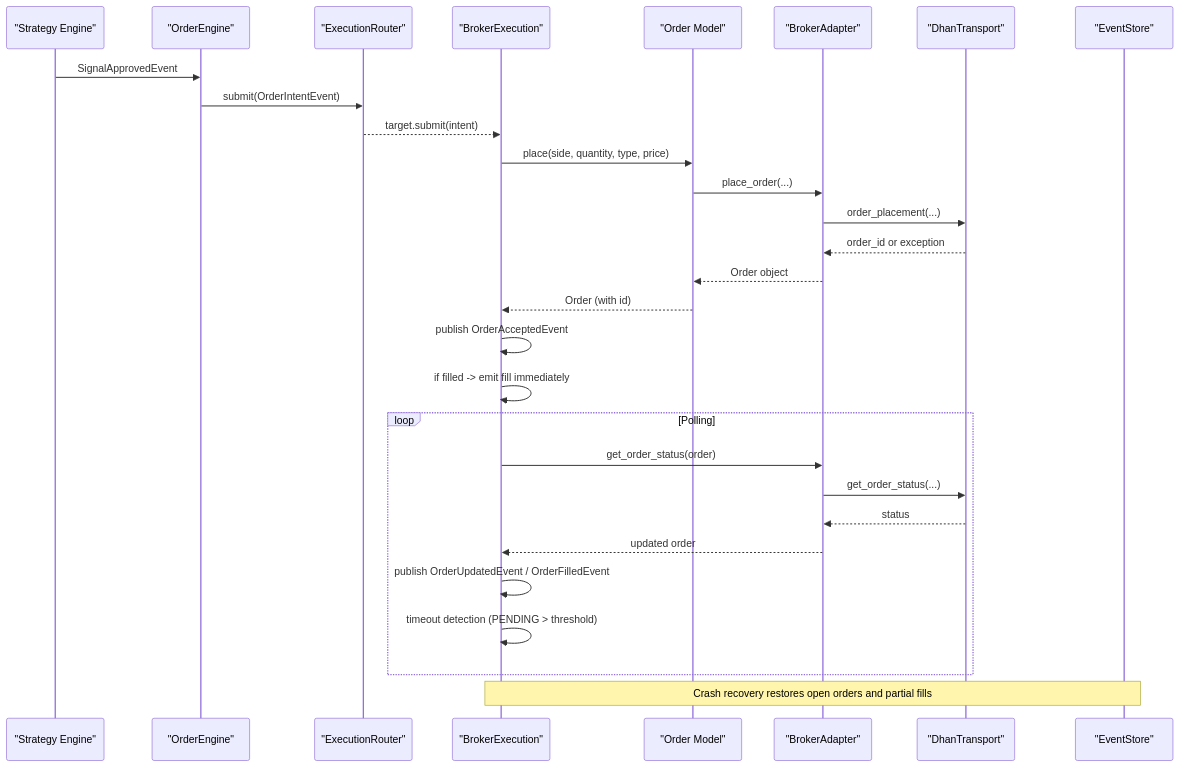
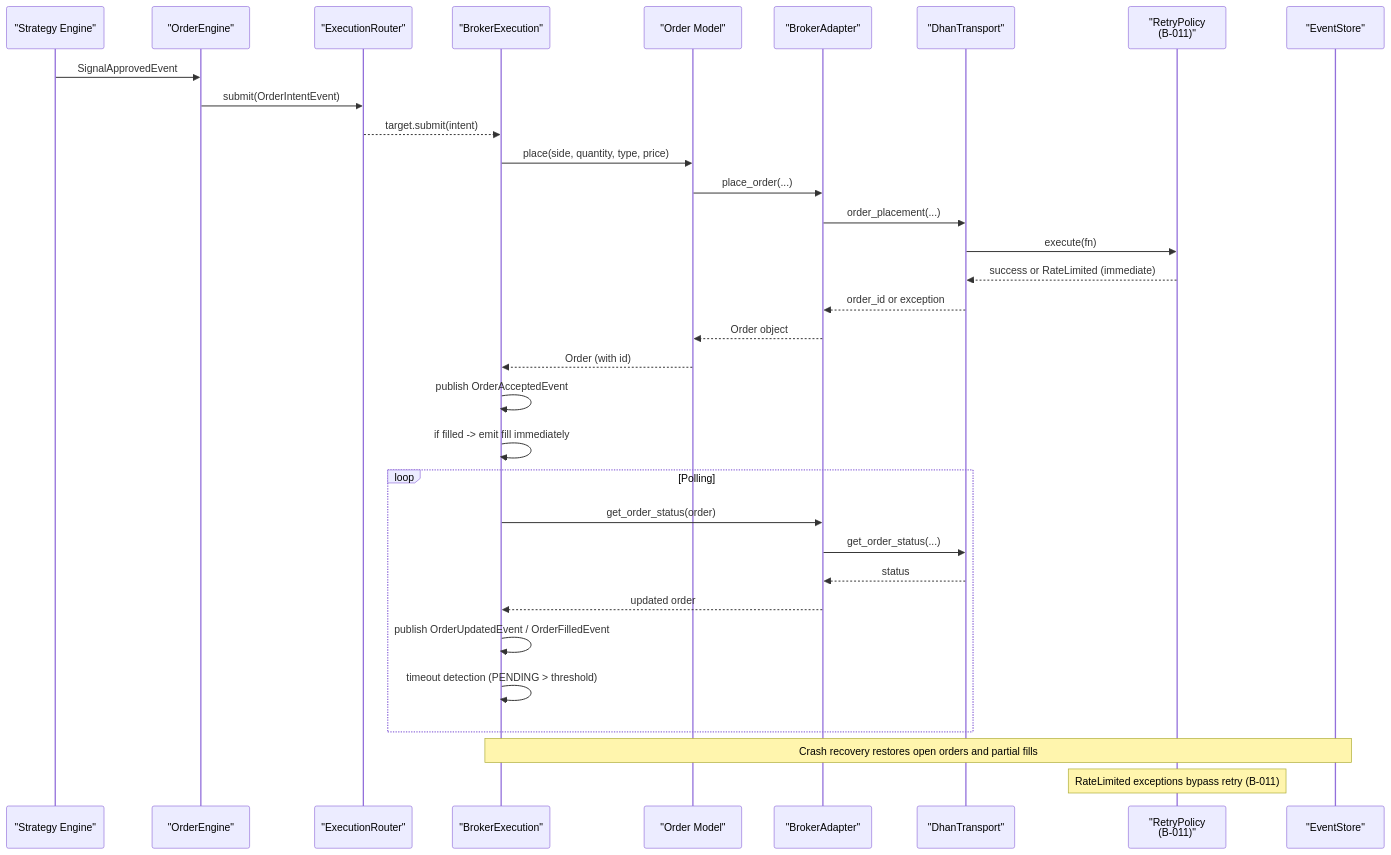
The second of 3 diagrams in .qoder/repowiki/en/content/Order Management/Retry Logic & Idempotent Operations.md (Ganesh-Kusundal/nTrade), drawn with Mermaid before and after one commit. The commit also changed other lines of this file and 203 other files, not shown here.

First line of the commit message:
review findings sweep: depth retry, LTP failure guard, stale-refresh fix, rate-gate blocked heuristic

````diff
--- a/.qoder/repowiki/en/content/Order Management/Retry Logic & Idempotent Operations.md
+++ b/.qoder/repowiki/en/content/Order Management/Retry Logic & Idempotent Operations.md
@@ -118,31 +133,35 @@
 ```mermaid
 sequenceDiagram
 participant Strategy as "Strategy Engine"
 participant OMS as "OrderEngine"
 participant Router as "ExecutionRouter"
 participant Exec as "BrokerExecution"
 participant Model as "Order Model"
 participant Adapter as "BrokerAdapter"
 participant Transport as "DhanTransport"
+participant Policy as "RetryPolicy<br/>(B-011)"
 participant Store as "EventStore"
 Strategy->>OMS : SignalApprovedEvent
 OMS->>Router : submit(OrderIntentEvent)
 Router-->>Exec : target.submit(intent)
 Exec->>Model : place(side, quantity, type, price)
 Model->>Adapter : place_order(...)
 Adapter->>Transport : order_placement(...)
+Transport->>Policy : execute(fn)
+Policy-->>Transport : success or RateLimited (immediate)
 Transport-->>Adapter : order_id or exception
 Adapter-->>Model : Order object
 Model-->>Exec : Order (with id)
 Exec->>Exec : publish OrderAcceptedEvent
 Exec->>Exec : if filled -> emit fill immediately
 loop Polling
 Exec->>Adapter : get_order_status(order)
 Adapter->>Transport : get_order_status(...)
 Transport-->>Adapter : status
 Adapter-->>Exec : updated order
 Exec->>Exec : publish OrderUpdatedEvent / OrderFilledEvent
 Exec->>Exec : timeout detection (PENDING > threshold)
 end
 Note over Exec,Store : Crash recovery restores open orders and partial fills
+Note over Policy : RateLimited exceptions bypass retry (B-011)
 ```
````
